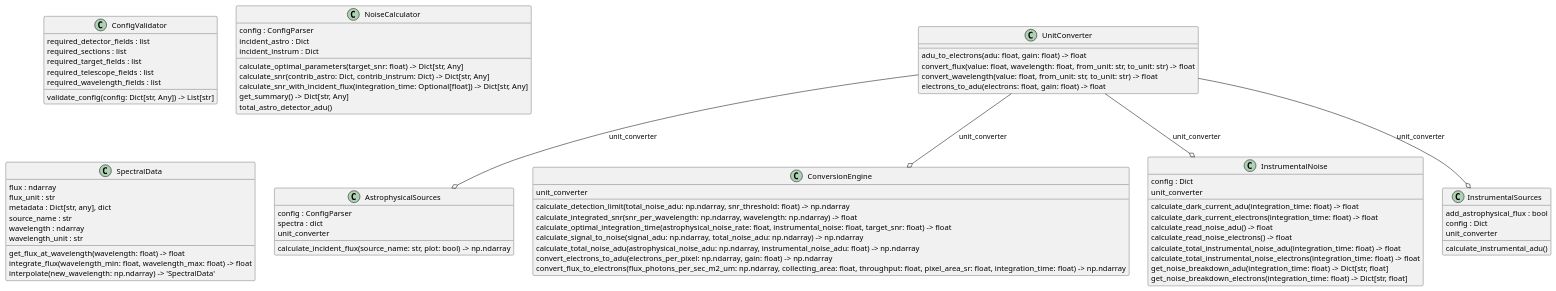
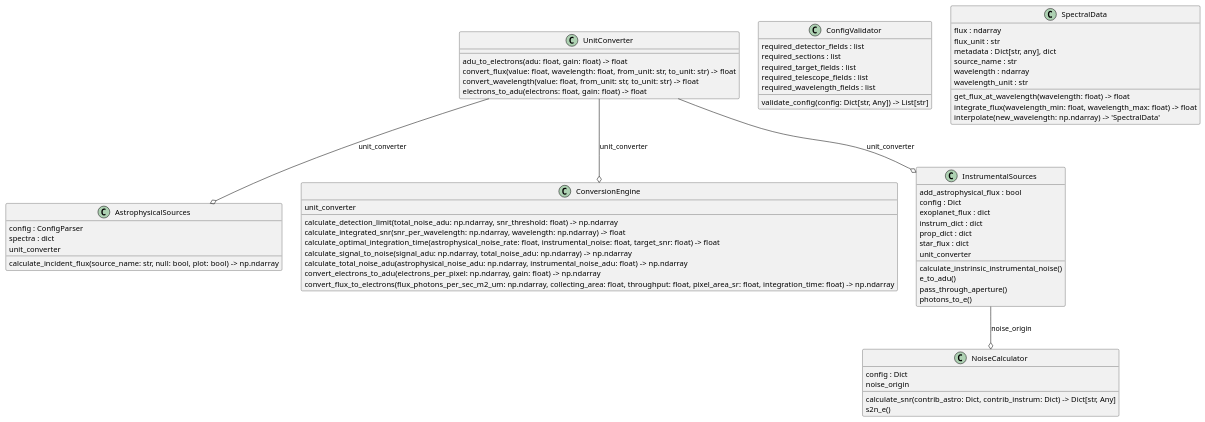
The diagram in modules/classes_MyProject.plantuml (mwanakijiji/life_detectors), drawn with PlantUML before and after one commit. The commit also changed 6 other files, not shown here.

```diff
--- a/modules/classes_MyProject.plantuml
+++ b/modules/classes_MyProject.plantuml
@@ -1,76 +1,67 @@
 @startuml classes_MyProject
 set namespaceSeparator none
 class "AstrophysicalSources" as modules.core.astrophysical.AstrophysicalSources {
   config : ConfigParser
   spectra : dict
   unit_converter
-  calculate_incident_flux(source_name: str, plot: bool) -> np.ndarray
+  calculate_incident_flux(source_name: str, null: bool, plot: bool) -> np.ndarray
 }
 class "ConfigValidator" as modules.config.validator.ConfigValidator {
   required_detector_fields : list
   required_sections : list
   required_target_fields : list
   required_telescope_fields : list
   required_wavelength_fields : list
   validate_config(config: Dict[str, Any]) -> List[str]
 }
 class "ConversionEngine" as modules.core.conversions.ConversionEngine {
   unit_converter
   calculate_detection_limit(total_noise_adu: np.ndarray, snr_threshold: float) -> np.ndarray
   calculate_integrated_snr(snr_per_wavelength: np.ndarray, wavelength: np.ndarray) -> float
   calculate_optimal_integration_time(astrophysical_noise_rate: float, instrumental_noise: float, target_snr: float) -> float
   calculate_signal_to_noise(signal_adu: np.ndarray, total_noise_adu: np.ndarray) -> np.ndarray
   calculate_total_noise_adu(astrophysical_noise_adu: np.ndarray, instrumental_noise_adu: float) -> np.ndarray
   convert_electrons_to_adu(electrons_per_pixel: np.ndarray, gain: float) -> np.ndarray
   convert_flux_to_electrons(flux_photons_per_sec_m2_um: np.ndarray, collecting_area: float, throughput: float, pixel_area_sr: float, integration_time: float) -> np.ndarray
 }
-class "InstrumentalNoise" as modules.core.instrumental.InstrumentalNoise {
-  config : Dict
-  unit_converter
-  calculate_dark_current_adu(integration_time: float) -> float
-  calculate_dark_current_electrons(integration_time: float) -> float
-  calculate_read_noise_adu() -> float
-  calculate_read_noise_electrons() -> float
-  calculate_total_instrumental_noise_adu(integration_time: float) -> float
-  calculate_total_instrumental_noise_electrons(integration_time: float) -> float
-  get_noise_breakdown_adu(integration_time: float) -> Dict[str, float]
-  get_noise_breakdown_electrons(integration_time: float) -> Dict[str, float]
-}
 class "InstrumentalSources" as modules.core.instrumental.InstrumentalSources {
   add_astrophysical_flux : bool
   config : Dict
+  exoplanet_flux : dict
+  instrum_dict : dict
+  prop_dict : dict
+  star_flux : dict
   unit_converter
-  calculate_instrumental_adu()
+  calculate_instrinsic_instrumental_noise()
+  e_to_adu()
+  pass_through_aperture()
+  photons_to_e()
 }
 class "NoiseCalculator" as modules.core.calculator.NoiseCalculator {
-  config : ConfigParser
-  incident_astro : Dict
-  incident_instrum : Dict
-  calculate_optimal_parameters(target_snr: float) -> Dict[str, Any]
+  config : Dict
+  noise_origin
   calculate_snr(contrib_astro: Dict, contrib_instrum: Dict) -> Dict[str, Any]
-  calculate_snr_with_incident_flux(integration_time: Optional[float]) -> Dict[str, Any]
-  get_summary() -> Dict[str, Any]
-  total_astro_detector_adu()
+  s2n_e()
 }
 class "SpectralData" as modules.data.spectra.SpectralData {
   flux : ndarray
   flux_unit : str
   metadata : Dict[str, any], dict
   source_name : str
   wavelength : ndarray
   wavelength_unit : str
   get_flux_at_wavelength(wavelength: float) -> float
   integrate_flux(wavelength_min: float, wavelength_max: float) -> float
   interpolate(new_wavelength: np.ndarray) -> 'SpectralData'
 }
 class "UnitConverter" as modules.data.units.UnitConverter {
   adu_to_electrons(adu: float, gain: float) -> float
   convert_flux(value: float, wavelength: float, from_unit: str, to_unit: str) -> float
   convert_wavelength(value: float, from_unit: str, to_unit: str) -> float
   electrons_to_adu(electrons: float, gain: float) -> float
 }
+modules.core.instrumental.InstrumentalSources --o modules.core.calculator.NoiseCalculator : noise_origin
 modules.data.units.UnitConverter --o modules.core.astrophysical.AstrophysicalSources : unit_converter
 modules.data.units.UnitConverter --o modules.core.conversions.ConversionEngine : unit_converter
-modules.data.units.UnitConverter --o modules.core.instrumental.InstrumentalNoise : unit_converter
 modules.data.units.UnitConverter --o modules.core.instrumental.InstrumentalSources : unit_converter
 @enduml
```
